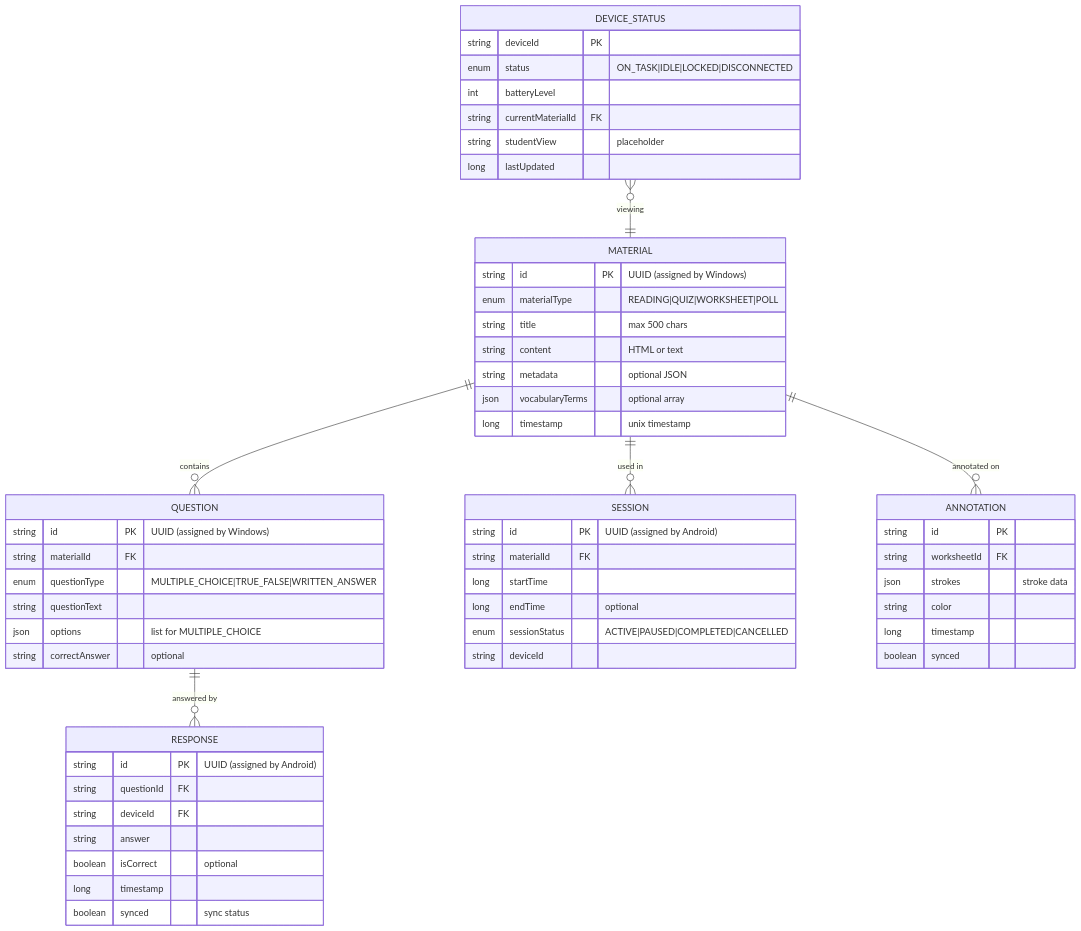
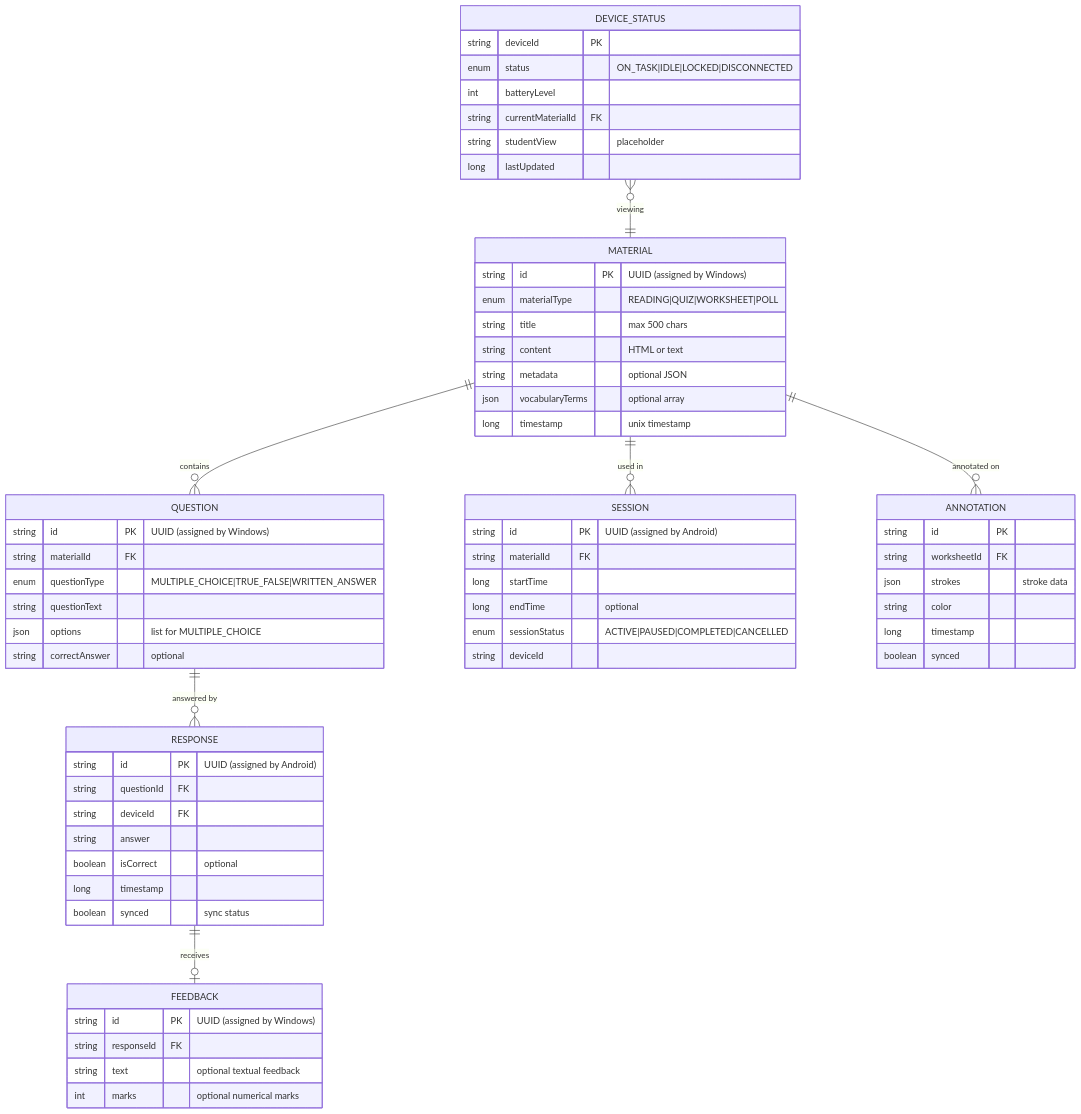
The first of 14 diagrams in docs/Android System Design.md (raphaellith/Manuscripta), drawn with Mermaid before and after one commit. The commit also changed other lines of this file, not shown here.

First line of the commit message:
docs: add Feedback retrieval mechanism to Android System Design doc

````diff
--- a/docs/Android System Design.md
+++ b/docs/Android System Design.md
@@ -23,64 +23,72 @@
 ```mermaid
 erDiagram
     MATERIAL {
         string id PK "UUID (assigned by Windows)"
         enum materialType "READING|QUIZ|WORKSHEET|POLL"
         string title "max 500 chars"
         string content "HTML or text"
         string metadata "optional JSON"
         json vocabularyTerms "optional array"
         long timestamp "unix timestamp"
     }
     
     QUESTION {
         string id PK "UUID (assigned by Windows)"
         string materialId FK
         enum questionType "MULTIPLE_CHOICE|TRUE_FALSE|WRITTEN_ANSWER"
         string questionText
         json options "list for MULTIPLE_CHOICE"
         string correctAnswer "optional"
     }
     
     RESPONSE {
         string id PK "UUID (assigned by Android)"
         string questionId FK
         string deviceId FK
         string answer
         boolean isCorrect "optional"
         long timestamp
         boolean synced "sync status"
     }
     
     SESSION {
         string id PK "UUID (assigned by Android)"
         string materialId FK
         long startTime
         long endTime "optional"
         enum sessionStatus "ACTIVE|PAUSED|COMPLETED|CANCELLED"
         string deviceId
     }
     
     DEVICE_STATUS {
         string deviceId PK
         enum status "ON_TASK|IDLE|LOCKED|DISCONNECTED"
         int batteryLevel
         string currentMaterialId FK
         string studentView "placeholder"
         long lastUpdated
     }
     
     ANNOTATION {
         string id PK
         string worksheetId FK
         json strokes "stroke data"
         string color
         long timestamp
         boolean synced
     }
     
+    FEEDBACK {
+        string id PK "UUID (assigned by Windows)"
+        string responseId FK
+        string text "optional textual feedback"
+        int marks "optional numerical marks"
+    }
+    
     MATERIAL ||--o{ QUESTION : "contains"
     MATERIAL ||--o{ SESSION : "used in"
     QUESTION ||--o{ RESPONSE : "answered by"
+    RESPONSE ||--o| FEEDBACK : "receives"
     MATERIAL ||--o{ ANNOTATION : "annotated on"
     DEVICE_STATUS }o--|| MATERIAL : "viewing"
 ```
````
